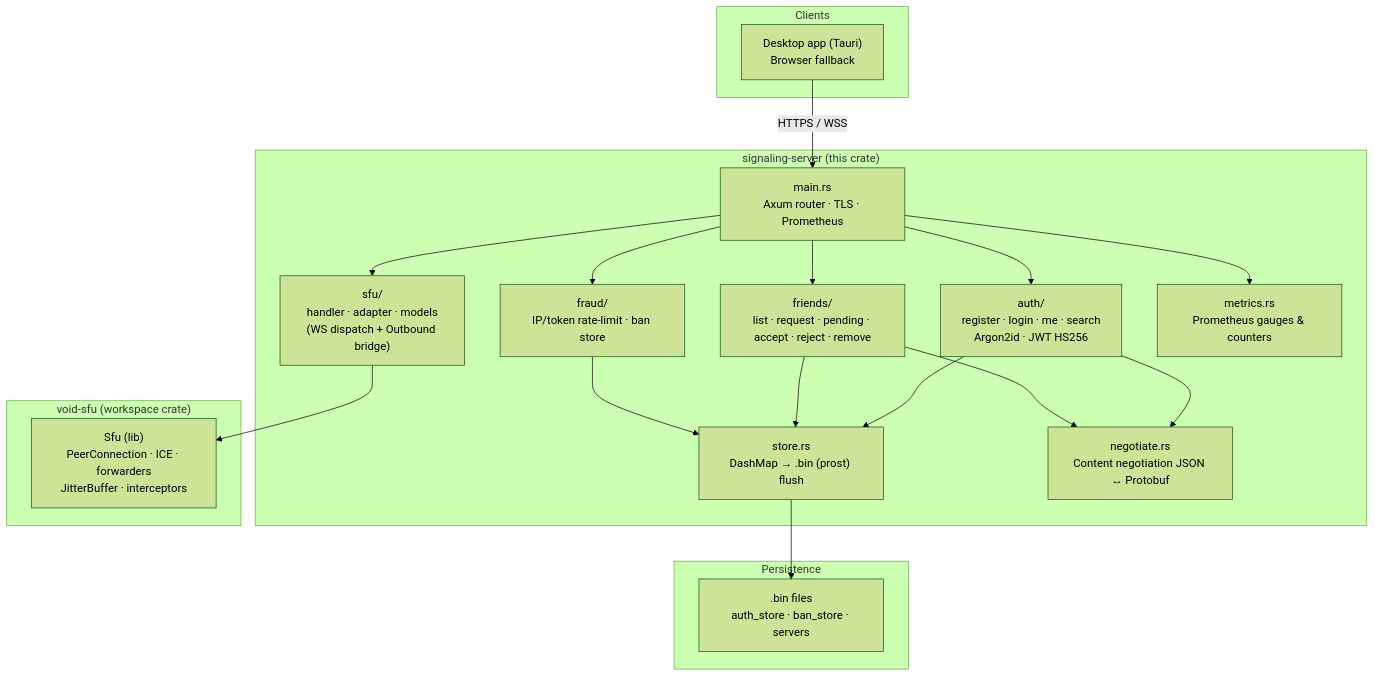
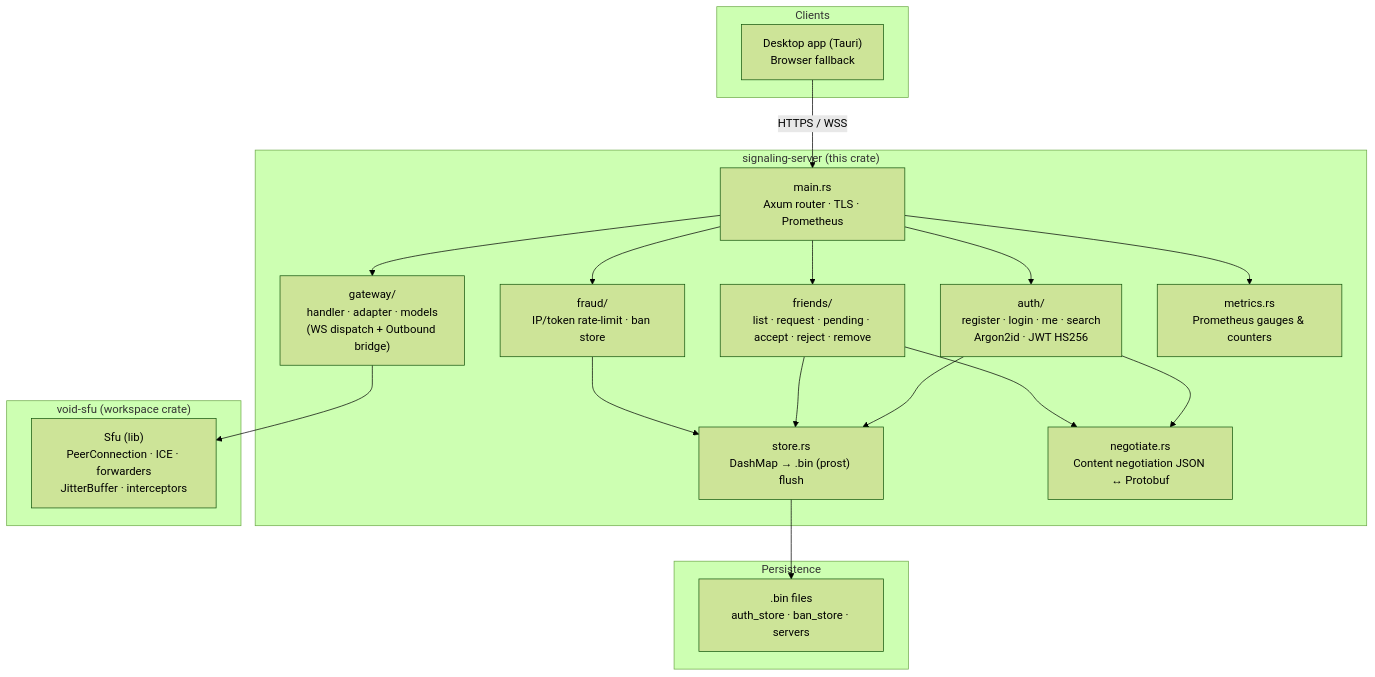
The first of 4 diagrams in packages/signaling-server/README.md (Void-next-gen-WebRTC/Void), drawn with Mermaid (forest theme) before and after one commit. The commit also changed other lines of this file and 29 other files, not shown here.

First line of the commit message:
refactor(signaling-server): rename sfu module to gateway

````diff
--- a/packages/signaling-server/README.md
+++ b/packages/signaling-server/README.md
@@ -27,35 +27,35 @@
 ```mermaid
 graph TB
     subgraph "Clients"
         WEB["Desktop app (Tauri)<br/>Browser fallback"]
     end
 
     subgraph "signaling-server (this crate)"
         MAIN["main.rs<br/>Axum router · TLS · Prometheus"]
         AUTH_MOD["auth/<br/>register · login · me · search<br/>Argon2id · JWT HS256"]
         FRIENDS_MOD["friends/<br/>list · request · pending · accept · reject · remove"]
         FRAUD["fraud/<br/>IP/token rate-limit · ban store"]
-        SFU_MOD["sfu/<br/>handler · adapter · models<br/>(WS dispatch + Outbound bridge)"]
+        SFU_MOD["gateway/<br/>handler · adapter · models<br/>(WS dispatch + Outbound bridge)"]
         STORE["store.rs<br/>DashMap → .bin (prost) flush"]
         METRICS["metrics.rs<br/>Prometheus gauges & counters"]
         NEG["negotiate.rs<br/>Content negotiation JSON ↔ Protobuf"]
     end
 
     subgraph "void-sfu (workspace crate)"
         SFU_LIB["Sfu (lib)<br/>PeerConnection · ICE · forwarders<br/>JitterBuffer · interceptors"]
     end
 
     subgraph "Persistence"
         BIN1[".bin files<br/>auth_store · ban_store · servers"]
     end
 
     WEB -- "HTTPS / WSS" --> MAIN
     MAIN --> AUTH_MOD --> STORE
     MAIN --> FRIENDS_MOD --> STORE
     MAIN --> FRAUD --> STORE
     MAIN --> SFU_MOD --> SFU_LIB
     STORE --> BIN1
     MAIN --> METRICS
     AUTH_MOD --> NEG
     FRIENDS_MOD --> NEG
 ```
````
